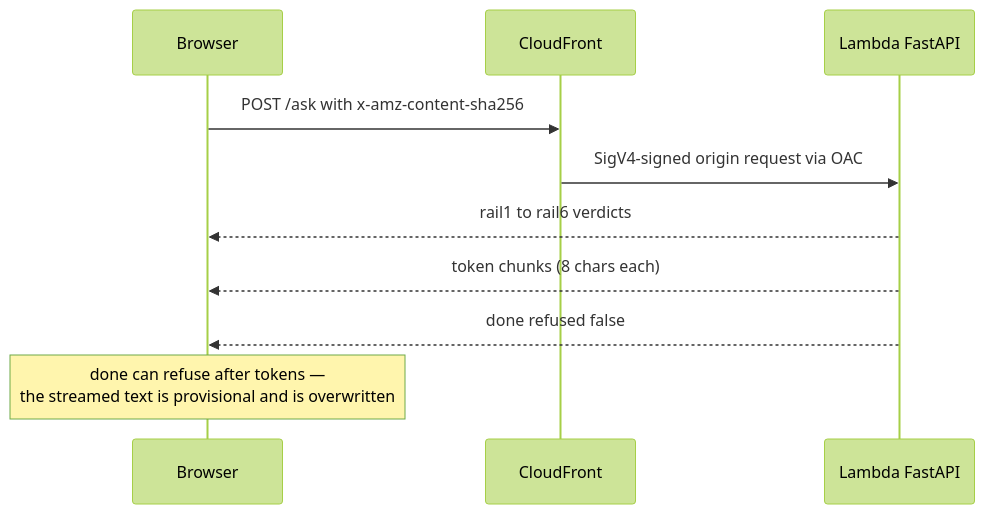
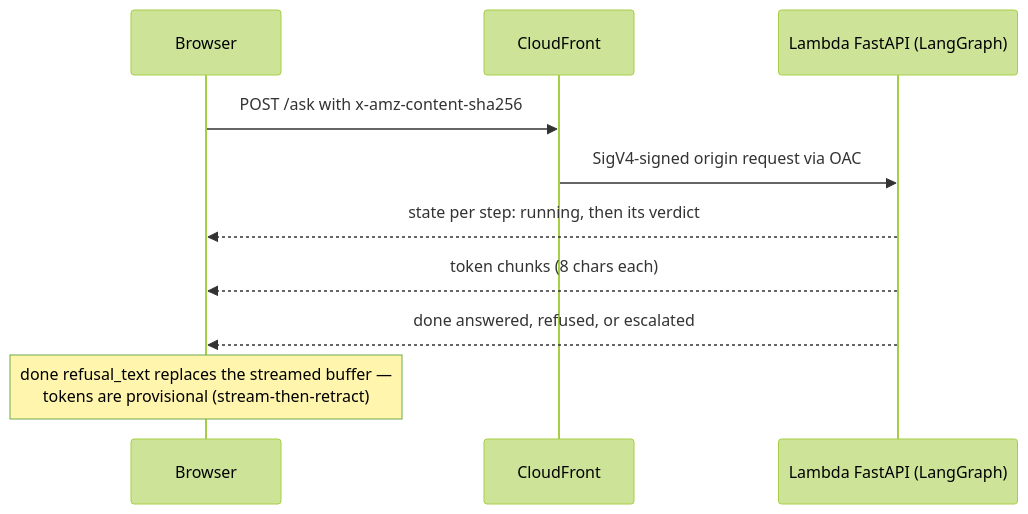
The diagram in openwiki/domain/sse-contract.md (Nextasy-Apps-LLC/marcuss-cadre-test), drawn with Mermaid (forest theme) before and after one commit. The commit also changed other lines of this file and 8 other files, not shown here.

````diff
--- a/openwiki/domain/sse-contract.md
+++ b/openwiki/domain/sse-contract.md
@@ -34,12 +35,12 @@
 ```mermaid
 sequenceDiagram
   participant B as Browser
   participant CF as CloudFront
-  participant L as Lambda FastAPI
+  participant L as Lambda FastAPI (LangGraph)
   B->>CF: POST /ask with x-amz-content-sha256
   CF->>L: SigV4-signed origin request via OAC
-  L-->>B: rail1 to rail6 verdicts
+  L-->>B: state per step: running, then its verdict
   L-->>B: token chunks (8 chars each)
-  L-->>B: done refused false
-  Note over B: done can refuse after tokens —<br/>the streamed text is provisional and is overwritten
+  L-->>B: done answered, refused, or escalated
+  Note over B: done refusal_text replaces the streamed buffer —<br/>tokens are provisional (stream-then-retract)
 ```
````
